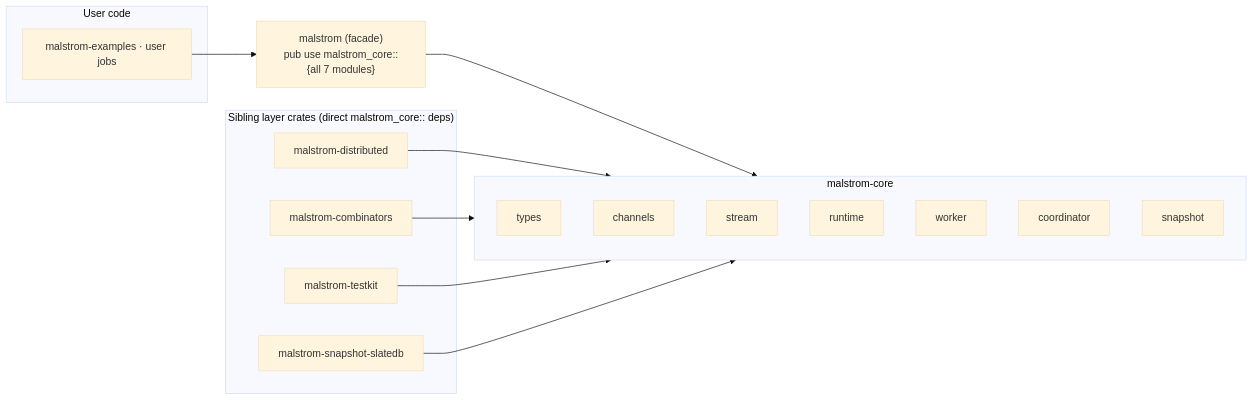
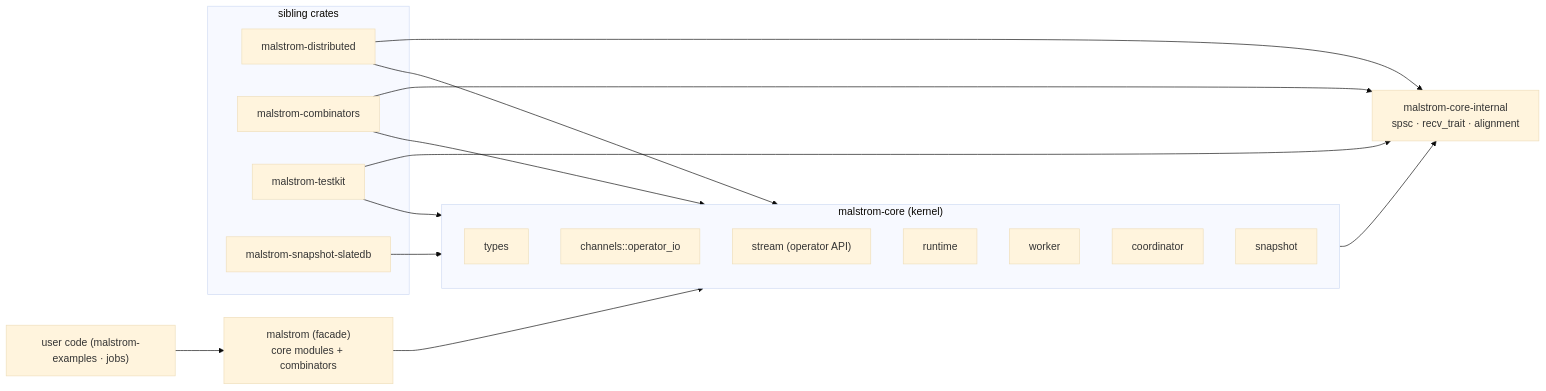
Before and after one commit to nrdhm/malstrom: the diagram in docs/overviews/08-public-api-surface.md, drawn with Mermaid (base theme). The commit also changed other lines of this file and 1 other file, not shown here.

First line of the commit message:
docs: refresh the public-API-surface overview to current reality

````diff
--- a/docs/overviews/08-public-api-surface.md
+++ b/docs/overviews/08-public-api-surface.md
@@ -26,28 +25,31 @@
 ```mermaid
 flowchart LR
-    subgraph users["User code"]
-        APP["malstrom-examples · user jobs"]
-    end
-    FACADE["malstrom (facade)<br/>pub use malstrom_core::{all 7 modules}"]
-    subgraph core["malstrom-core"]
+    APP["user code (malstrom-examples · jobs)"]
+    FACADE["malstrom (facade)<br/>core modules + combinators"]
+    subgraph core["malstrom-core (kernel)"]
         direction TB
         TYPES["types"]
-        CH["channels"]
-        ST["stream"]
+        CH["channels::operator_io"]
+        ST["stream (operator API)"]
         RT["runtime"]
         WK["worker"]
         CO["coordinator"]
         SN["snapshot"]
     end
-    subgraph siblings["Sibling layer crates (direct malstrom_core:: deps)"]
+    INT["malstrom-core-internal<br/>spsc · recv_trait · alignment"]
+    subgraph siblings["sibling crates"]
         DIST["malstrom-distributed"]
-        OPS["malstrom-combinators"]
+        COMB["malstrom-combinators"]
         TK["malstrom-testkit"]
         SS["malstrom-snapshot-slatedb"]
     end
     APP --> FACADE --> core
+    core --> INT
     DIST --> core
-    OPS --> core
+    COMB --> core
     TK --> core
     SS --> core
+    DIST --> INT
+    COMB --> INT
+    TK --> INT
 ```
````
